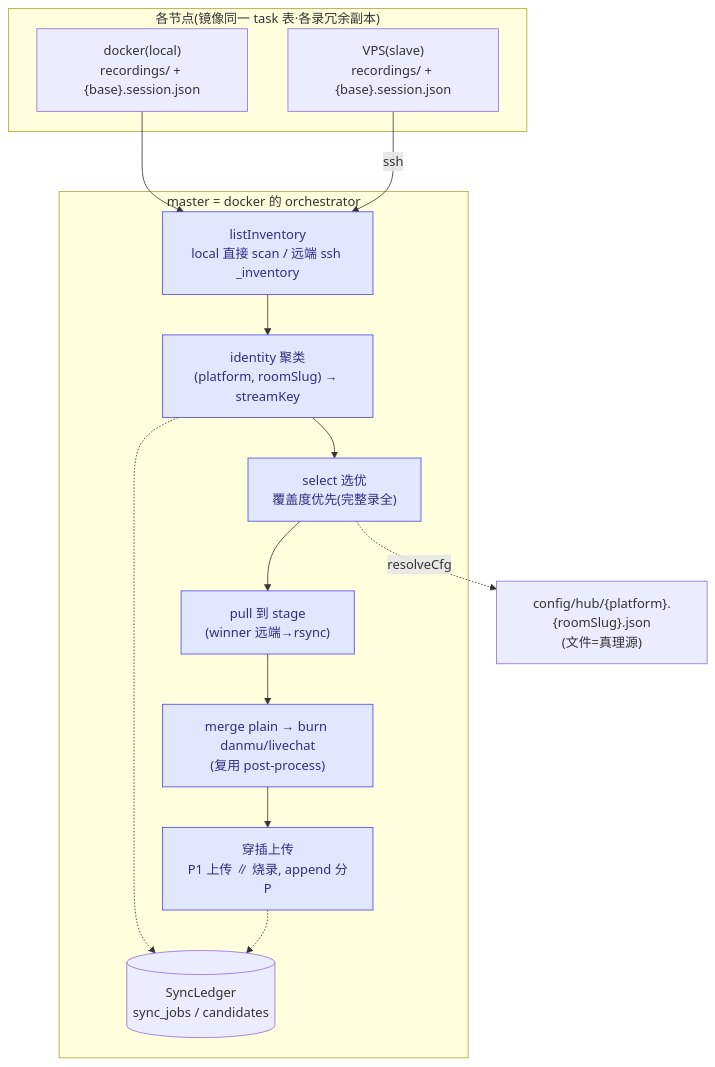
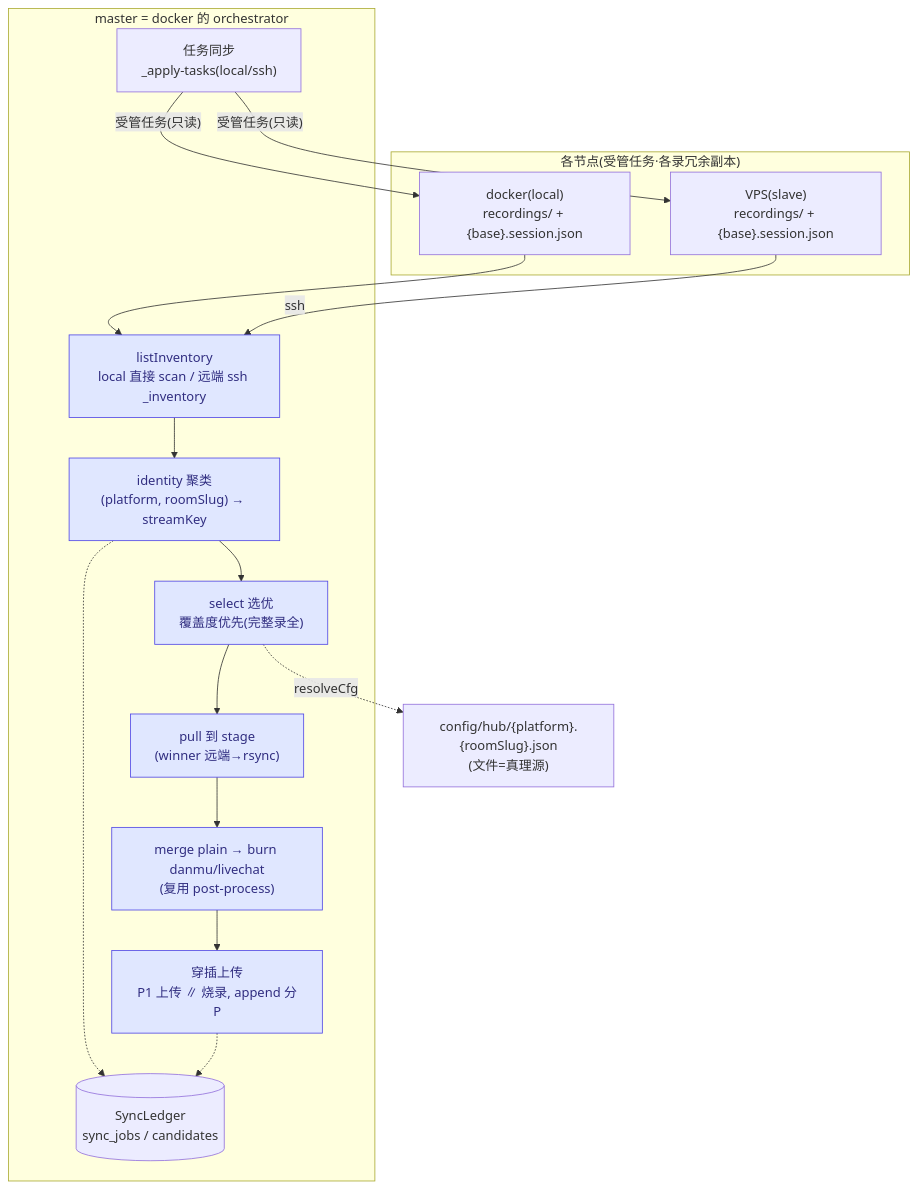
Before and after one commit to fuyucn/douyin-rec: the third of 3 diagrams in docs/architecture.md, drawn with Mermaid. The commit also changed other lines of this file and 7 other files, not shown here.

````diff
--- a/docs/architecture.md
+++ b/docs/architecture.md
@@ -116,25 +119,28 @@
 ```mermaid
 flowchart TB
-  subgraph nodes["各节点(镜像同一 task 表·各录冗余副本)"]
+  subgraph nodes["各节点(受管任务·各录冗余副本)"]
     dk["docker(local)<br/>recordings/ + {base}.session.json"]
     vps["VPS(slave)<br/>recordings/ + {base}.session.json"]
   end
   subgraph master["master = docker 的 orchestrator"]
+    sync["任务同步<br/>_apply-tasks(local/ssh)"]
     inv["listInventory<br/>local 直接 scan / 远端 ssh _inventory"]
     cluster["identity 聚类<br/>(platform, roomSlug) → streamKey"]
     sel["select 选优<br/>覆盖度优先(完整录全)"]
     pull["pull 到 stage<br/>(winner 远端→rsync)"]
     merge["merge plain → burn danmu/livechat<br/>(复用 post-process)"]
     up["穿插上传<br/>P1 上传 ∥ 烧录, append 分P"]
     led[("SyncLedger<br/>sync_jobs / candidates")]
   end
+  sync -->|"受管任务(只读)"| dk
+  sync -->|"受管任务(只读)"| vps
   dk --> inv
   vps -->|ssh| inv
   inv --> cluster --> sel --> pull --> merge --> up
   sel -. resolveCfg .-> rule["config/hub/{platform}.{roomSlug}.json<br/>(文件=真理源)"]
   cluster -.-> led
   up -.-> led
 
   classDef hub fill:#e0e7ff,stroke:#4f46e5,color:#312e81;
   class inv,cluster,sel,pull,merge,up hub;
 ```
````
